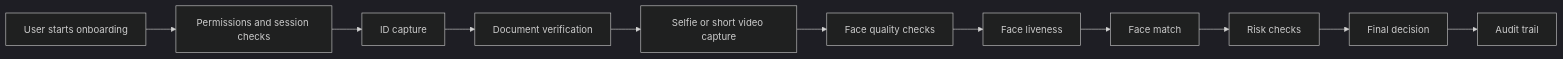
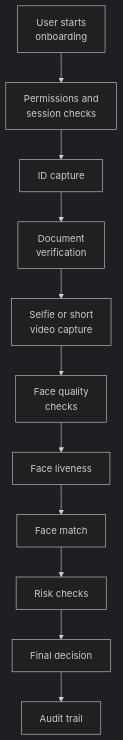
One commit to Nivratti/ekyc-face-liveness-playbook changed the first of 2 diagrams in docs/02-ekyc-integration.md. Above: the diagram before and after it, drawn with Mermaid (dark theme). The commit also changed 31 other files, not shown here.

Commit message:
docs: improve mermaid diagram readability by converting wide flows to vertical layouts

````diff
--- a/docs/02-ekyc-integration.md
+++ b/docs/02-ekyc-integration.md
@@ -41,13 +41,13 @@
 ```mermaid
-flowchart LR
-    A[User starts onboarding] --> B[Permissions and session checks]
+flowchart TB
+    A[User starts<br/>onboarding] --> B[Permissions and<br/>session checks]
     B --> C[ID capture]
-    C --> D[Document verification]
-    D --> E[Selfie or short video capture]
-    E --> F[Face quality checks]
+    C --> D[Document<br/>verification]
+    D --> E[Selfie or short<br/>video capture]
+    E --> F[Face quality<br/>checks]
     F --> G[Face liveness]
     G --> H[Face match]
     H --> I[Risk checks]
     I --> J[Final decision]
     J --> K[Audit trail]
 ```
````
